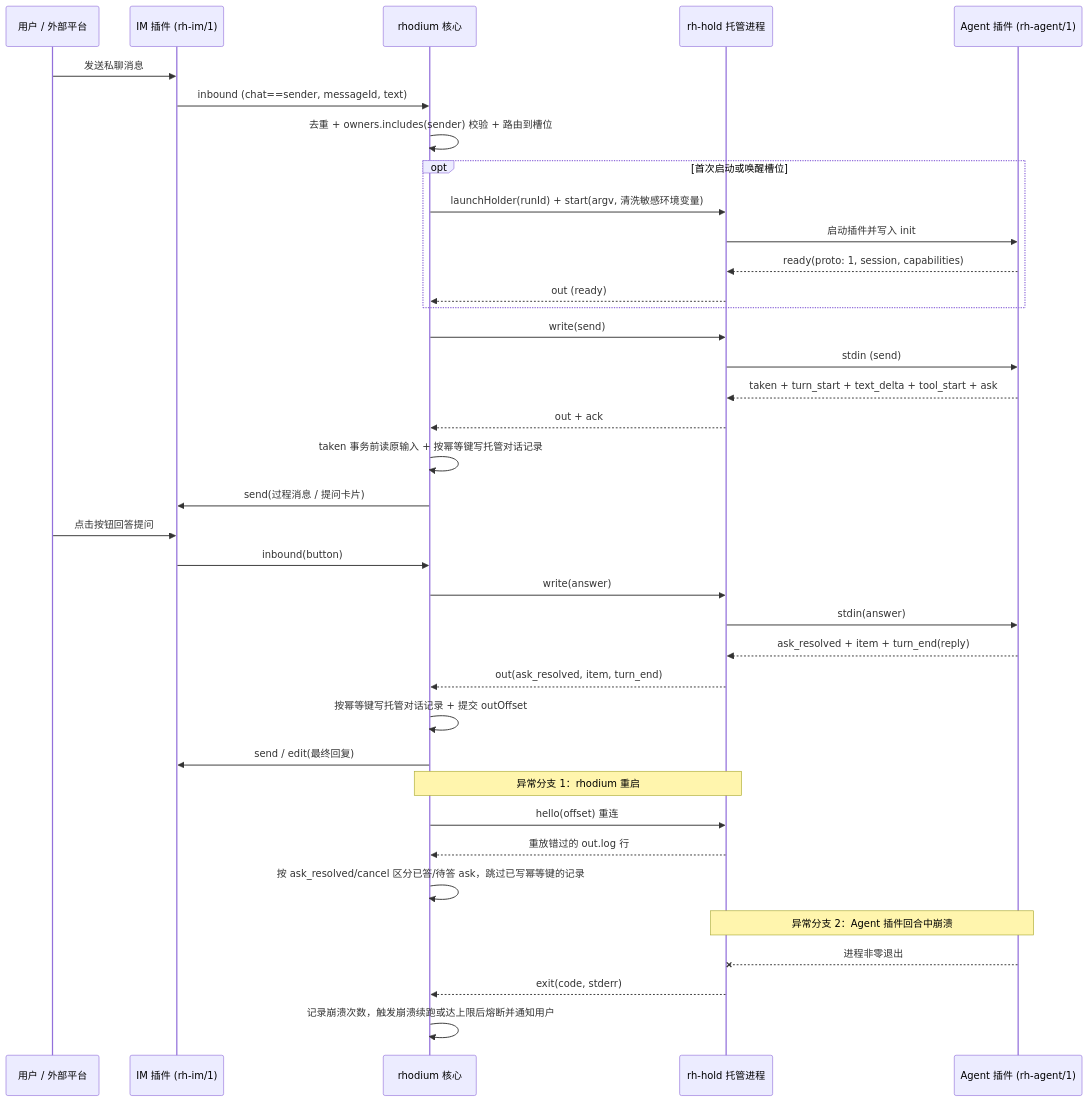
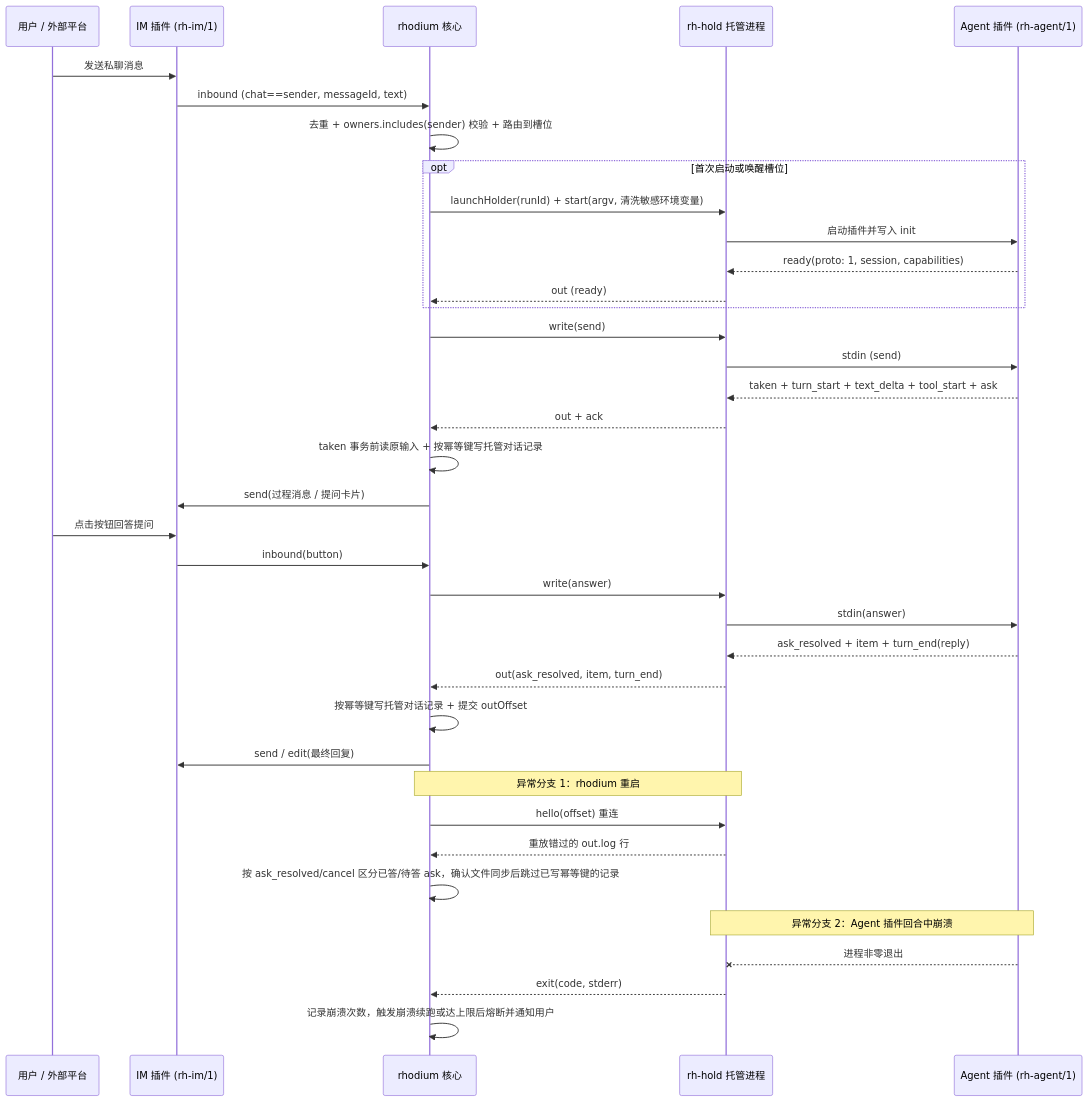
One commit to Rhapsody0x1/Rhodium-OSS changed the second of 3 diagrams in docs/spec/plugins.md. Above: the diagram before and after it, drawn with Mermaid. The commit also changed other lines of this file, not shown here.

Commit message:
docs: require fsync before checkpoint, confirm ask after delivery, and clarify snapshot baseline

````diff
--- a/docs/spec/plugins.md
+++ b/docs/spec/plugins.md
@@ -80,42 +80,42 @@
 ```mermaid
 sequenceDiagram
   participant U as 用户 / 外部平台
   participant IM as IM 插件 (rh-im/1)
   participant C as rhodium 核心
   participant H as rh-hold 托管进程
   participant A as Agent 插件 (rh-agent/1)
 
   U->>IM: 发送私聊消息
   IM->>C: inbound (chat==sender, messageId, text)
   C->>C: 去重 + owners.includes(sender) 校验 + 路由到槽位
   opt 首次启动或唤醒槽位
     C->>H: launchHolder(runId) + start(argv, 清洗敏感环境变量)
     H->>A: 启动插件并写入 init
     A-->>H: ready(proto: 1, session, capabilities)
     H-->>C: out (ready)
   end
   C->>H: write(send)
   H->>A: stdin (send)
   A-->>H: taken + turn_start + text_delta + tool_start + ask
   H-->>C: out + ack
   C->>C: taken 事务前读原输入 + 按幂等键写托管对话记录
   C->>IM: send(过程消息 / 提问卡片)
   U->>IM: 点击按钮回答提问
   IM->>C: inbound(button)
   C->>H: write(answer)
   H->>A: stdin(answer)
   A-->>H: ask_resolved + item + turn_end(reply)
   H-->>C: out(ask_resolved, item, turn_end)
   C->>C: 按幂等键写托管对话记录 + 提交 outOffset
   C->>IM: send / edit(最终回复)
 
   Note over C,H: 异常分支 1：rhodium 重启
   C->>H: hello(offset) 重连
   H-->>C: 重放错过的 out.log 行
-  C->>C: 按 ask_resolved/cancel 区分已答/待答 ask，跳过已写幂等键的记录
+  C->>C: 按 ask_resolved/cancel 区分已答/待答 ask，确认文件同步后跳过已写幂等键的记录
 
   Note over H,A: 异常分支 2：Agent 插件回合中崩溃
   A--xH: 进程非零退出
   H-->>C: exit(code, stderr)
   C->>C: 记录崩溃次数，触发崩溃续跑或达上限后熔断并通知用户
 ```
````
